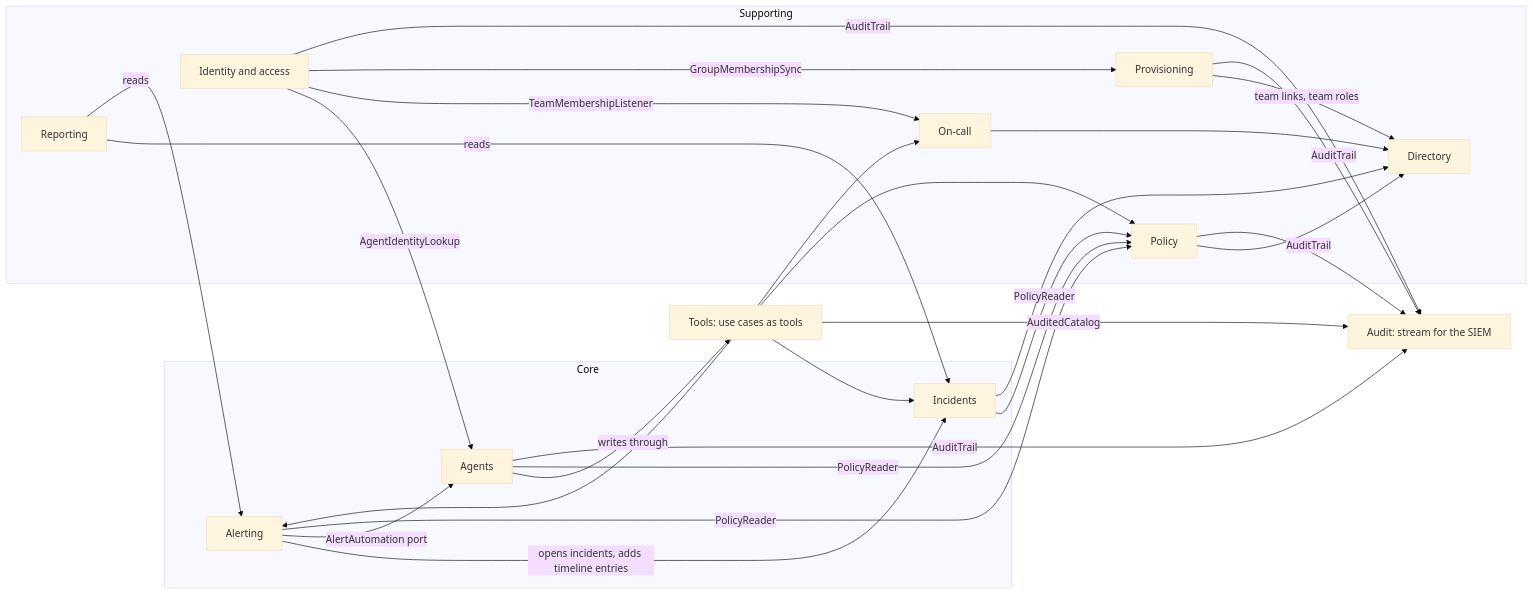
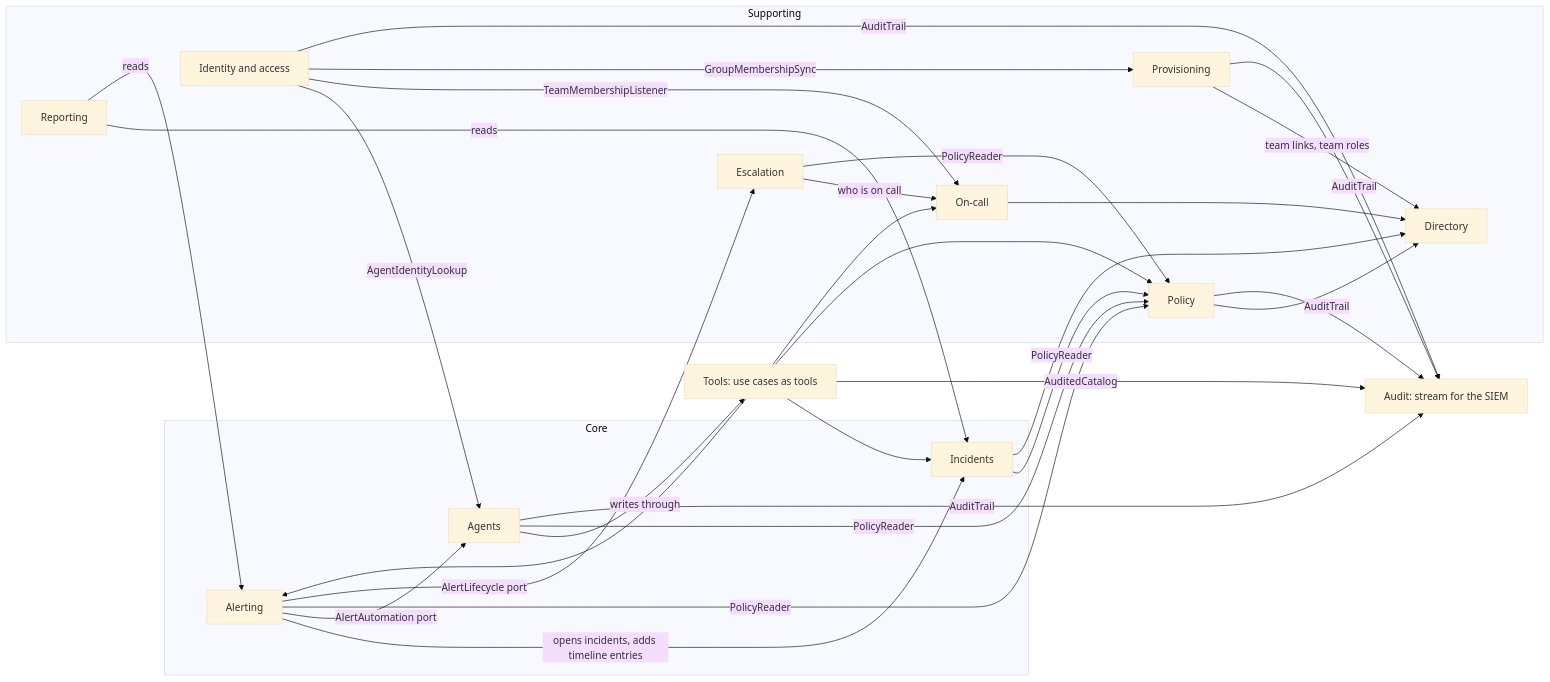
The first of 5 diagrams in docs/architecture.md (gigabrain-ideas/mayday), drawn with Mermaid (base theme) before and after one commit. The commit also changed other lines of this file and 43 other files, not shown here.

````diff
--- a/docs/architecture.md
+++ b/docs/architecture.md
@@ -21,43 +21,47 @@
 ```mermaid
 flowchart LR
   subgraph Core
     INC[Incidents]
     ALR[Alerting]
     AGT[Agents]
   end
   subgraph Supporting
     POL[Policy]
     IDN[Identity and access]
     DIR[Directory]
     ONC[On-call]
+    ESC[Escalation]
     PRV[Provisioning]
     REP[Reporting]
   end
   TOOLS[Tools: use cases as tools]
   AUD[Audit: stream for the SIEM]
 
   ALR -- opens incidents, adds timeline entries --> INC
   ALR -- AlertAutomation port --> AGT
   AGT -- writes through --> TOOLS
   TOOLS --> INC
   TOOLS --> ALR
   TOOLS --> POL
   INC -- PolicyReader --> POL
   ALR -- PolicyReader --> POL
   AGT -- PolicyReader --> POL
   IDN -- AgentIdentityLookup --> AGT
   POL --> DIR
   INC --> DIR
   REP -- reads --> INC
   REP -- reads --> ALR
   ONC --> DIR
   IDN -- TeamMembershipListener --> ONC
   IDN -- GroupMembershipSync --> PRV
   PRV -- team links, team roles --> DIR
   TOOLS --> ONC
+  ALR -- AlertLifecycle port --> ESC
+  ESC -- who is on call --> ONC
+  ESC -- PolicyReader --> POL
   IDN -- AuditTrail --> AUD
   POL -- AuditTrail --> AUD
   AGT -- AuditTrail --> AUD
   PRV -- AuditTrail --> AUD
   TOOLS -- AuditedCatalog --> AUD
 ```
````
